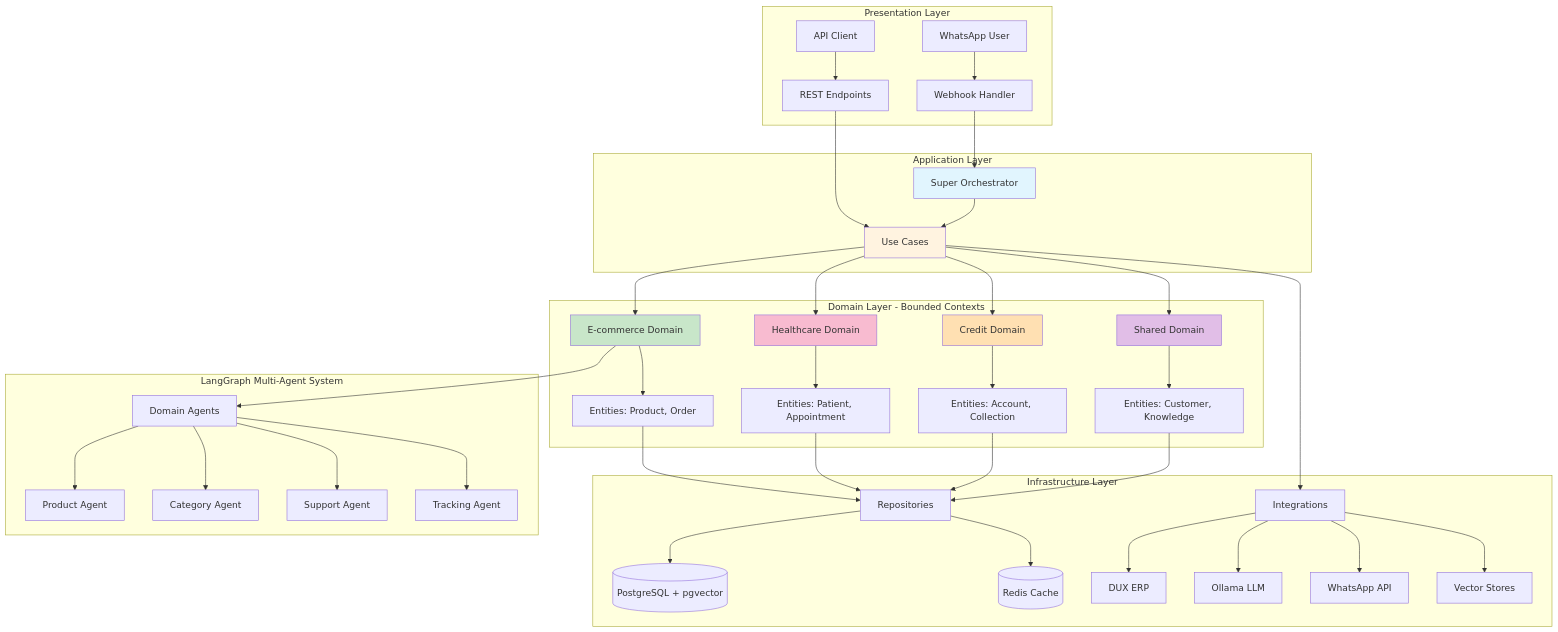
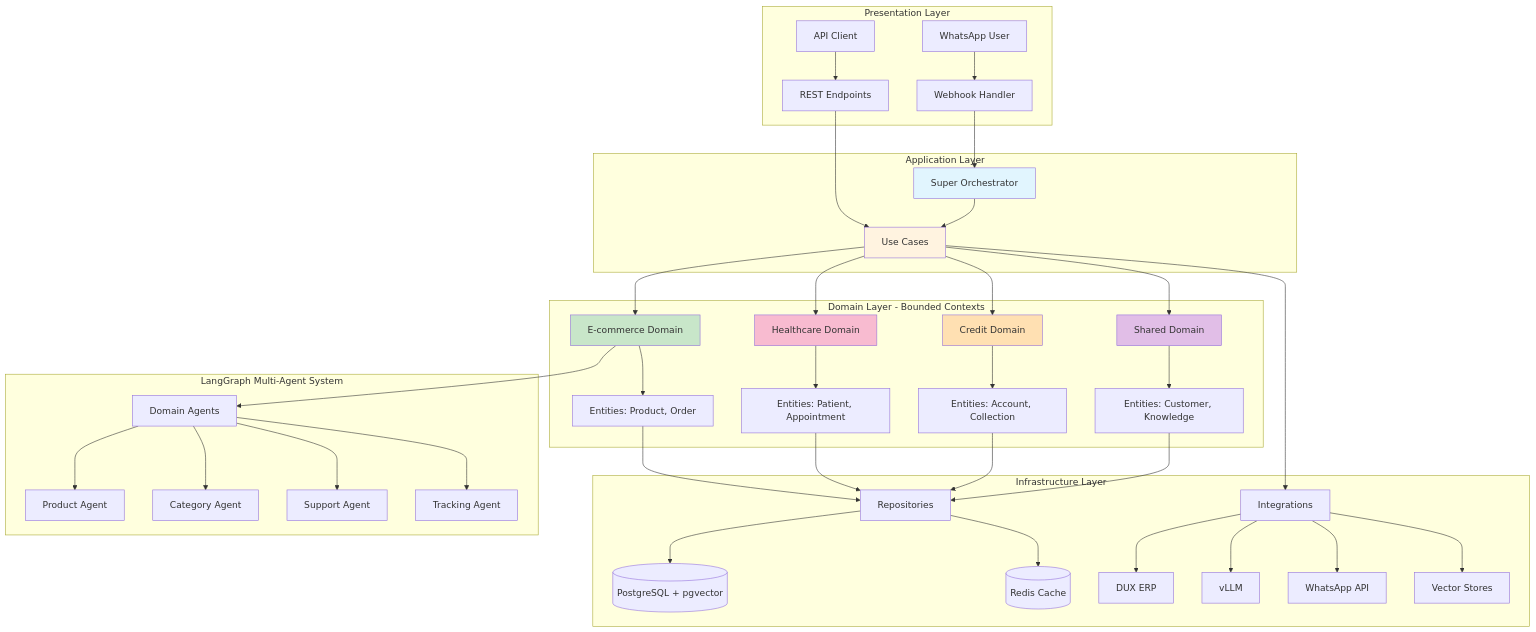
The diagram in README.md (Excelencia-Digital-Soft/aynux-ai-platform), drawn with Mermaid before and after one commit. The commit also changed other lines of this file and 108 other files, not shown here.

````diff
--- a/README.md
+++ b/README.md
@@ -397,56 +398,56 @@
 ```mermaid
 graph TB
     subgraph "Presentation Layer"
         WA[WhatsApp User] --> Webhook[Webhook Handler]
         API[API Client] --> REST[REST Endpoints]
     end
 
     subgraph "Application Layer"
         Webhook --> SO[Super Orchestrator]
         REST --> UC[Use Cases]
         SO --> UC
     end
 
     subgraph "Domain Layer - Bounded Contexts"
         UC --> ECOM[E-commerce Domain]
         UC --> HEALTH[Healthcare Domain]
         UC --> CREDIT[Credit Domain]
         UC --> SHARED[Shared Domain]
 
         ECOM --> ECOM_ENT[Entities: Product, Order]
         HEALTH --> HEALTH_ENT[Entities: Patient, Appointment]
         CREDIT --> CREDIT_ENT[Entities: Account, Collection]
         SHARED --> SHARED_ENT[Entities: Customer, Knowledge]
     end
 
     subgraph "Infrastructure Layer"
         ECOM_ENT --> REPO[Repositories]
         HEALTH_ENT --> REPO
         CREDIT_ENT --> REPO
         SHARED_ENT --> REPO
 
         REPO --> PG[(PostgreSQL + pgvector)]
         REPO --> RD[(Redis Cache)]
 
         UC --> INT[Integrations]
         INT --> DUX[DUX ERP]
-        INT --> OL[Ollama LLM]
+        INT --> OL[vLLM]
         INT --> WS[WhatsApp API]
         INT --> VEC[Vector Stores]
     end
 
     subgraph "LangGraph Multi-Agent System"
         ECOM --> AGENTS[Domain Agents]
         AGENTS --> PA[Product Agent]
         AGENTS --> CA[Category Agent]
         AGENTS --> SA[Support Agent]
         AGENTS --> TA[Tracking Agent]
     end
 
     style SO fill:#e1f5fe
     style UC fill:#fff3e0
     style ECOM fill:#c8e6c9
     style HEALTH fill:#f8bbd0
     style CREDIT fill:#ffe0b2
     style SHARED fill:#e1bee7
 ```
````
